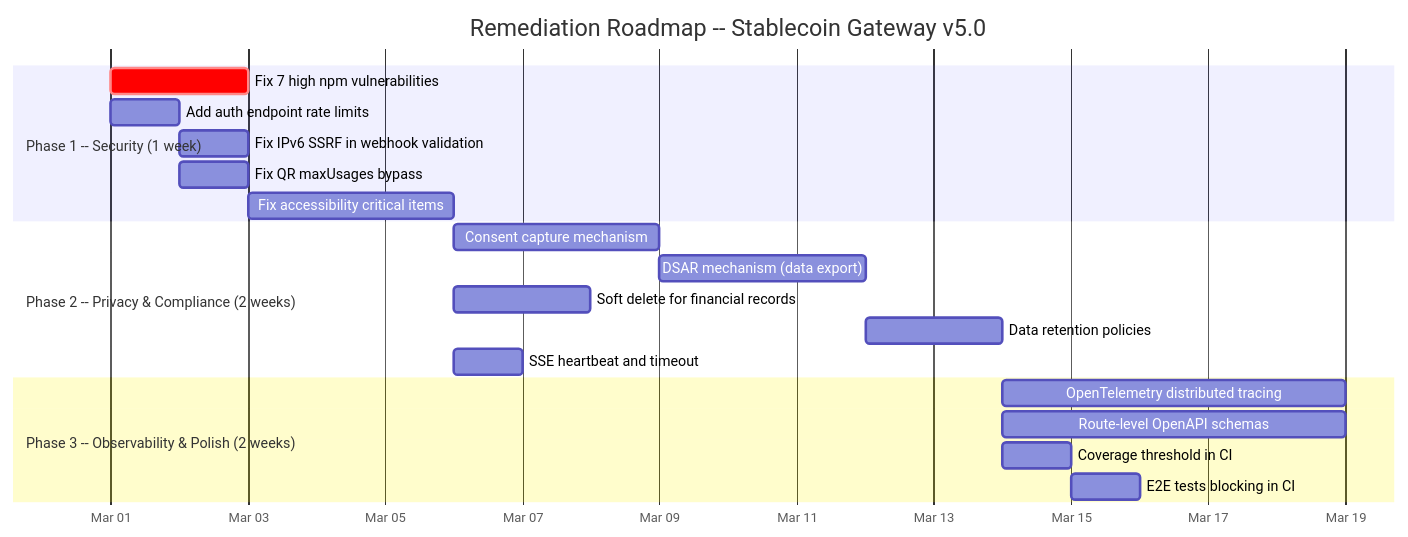
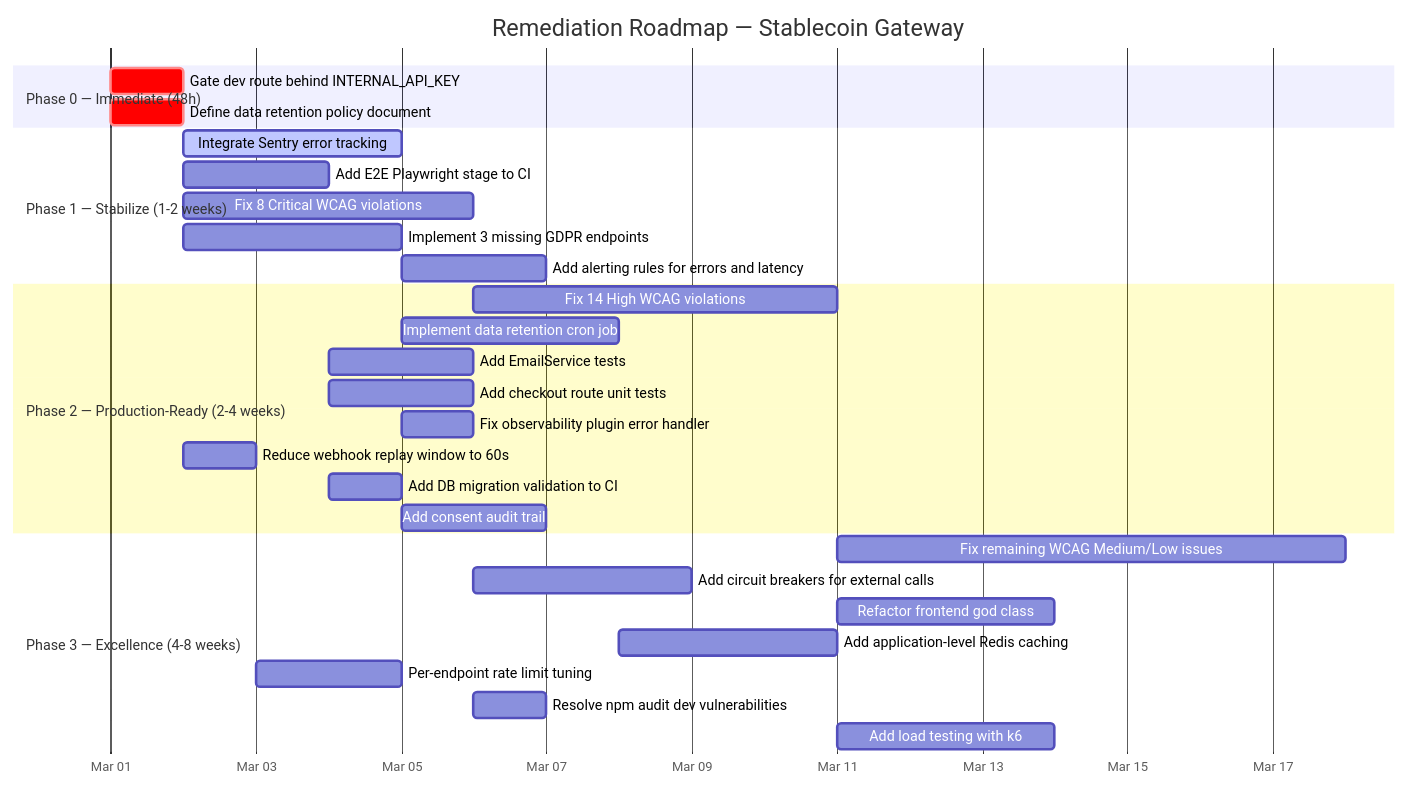
Before and after one commit to Tamoura/Claude-Code-creates-the-SW-company: diagram 11 of 12 in products/stablecoin-gateway/docs/AUDIT-REPORT.md, drawn with Mermaid. The commit also changed other lines of this file and 9 other files, not shown here.

First line of the commit message:
fix(stablecoin-gateway): phase0 audit remediation + quality reports

````diff
--- a/products/stablecoin-gateway/docs/AUDIT-REPORT.md
+++ b/products/stablecoin-gateway/docs/AUDIT-REPORT.md
@@ -598,26 +895,36 @@
 ```mermaid
 gantt
-    title Remediation Roadmap -- Stablecoin Gateway v5.0
-    dateFormat YYYY-MM-DD
-    axisFormat %b %d
+    title Remediation Roadmap — Stablecoin Gateway
+    dateFormat  YYYY-MM-DD
+    axisFormat  %b %d
 
-    section Phase 1 -- Security (1 week)
-    Fix 7 high npm vulnerabilities     :crit, p1a, 2026-03-01, 2d
-    Add auth endpoint rate limits       :p1b, 2026-03-01, 1d
-    Fix IPv6 SSRF in webhook validation :p1c, 2026-03-02, 1d
-    Fix QR maxUsages bypass             :p1d, 2026-03-02, 1d
-    Fix accessibility critical items    :p1e, 2026-03-03, 3d
+    section Phase 0 — Immediate (48h)
+    Gate dev route behind INTERNAL_API_KEY  :crit, p0a, 2026-03-01, 1d
+    Define data retention policy document   :crit, p0b, 2026-03-01, 1d
 
-    section Phase 2 -- Privacy & Compliance (2 weeks)
-    Consent capture mechanism           :p2a, after p1e, 3d
-    DSAR mechanism (data export)        :p2b, after p2a, 3d
-    Soft delete for financial records   :p2c, after p1e, 2d
-    Data retention policies             :p2d, after p2b, 2d
-    SSE heartbeat and timeout           :p2e, after p1e, 1d
+    section Phase 1 — Stabilize (1-2 weeks)
+    Integrate Sentry error tracking         :active, p1a, after p0b, 3d
+    Add E2E Playwright stage to CI          :p1b, after p0a, 2d
+    Fix 8 Critical WCAG violations          :p1c, after p0b, 4d
+    Implement 3 missing GDPR endpoints      :p1d, after p0b, 3d
+    Add alerting rules for errors and latency :p1e, after p1a, 2d
 
-    section Phase 3 -- Observability & Polish (2 weeks)
-    OpenTelemetry distributed tracing   :p3a, after p2d, 5d
-    Route-level OpenAPI schemas         :p3b, after p2d, 5d
-    Coverage threshold in CI            :p3c, after p2d, 1d
-    E2E tests blocking in CI            :p3d, after p3c, 1d
+    section Phase 2 — Production-Ready (2-4 weeks)
+    Fix 14 High WCAG violations             :p2a, after p1c, 5d
+    Implement data retention cron job       :p2b, after p1d, 3d
+    Add EmailService tests                  :p2c, after p1b, 2d
+    Add checkout route unit tests           :p2d, after p1b, 2d
+    Fix observability plugin error handler  :p2e, after p1a, 1d
+    Reduce webhook replay window to 60s     :p2f, after p0a, 1d
+    Add DB migration validation to CI       :p2g, after p1b, 1d
+    Add consent audit trail                 :p2h, after p1d, 2d
+
+    section Phase 3 — Excellence (4-8 weeks)
+    Fix remaining WCAG Medium/Low issues    :p3a, after p2a, 7d
+    Add circuit breakers for external calls :p3b, after p2e, 3d
+    Refactor frontend god class             :p3c, after p2a, 3d
+    Add application-level Redis caching     :p3d, after p2b, 3d
+    Per-endpoint rate limit tuning          :p3e, after p2f, 2d
+    Resolve npm audit dev vulnerabilities   :p3f, after p2c, 1d
+    Add load testing with k6                :p3g, after p3d, 3d
 ```
````
